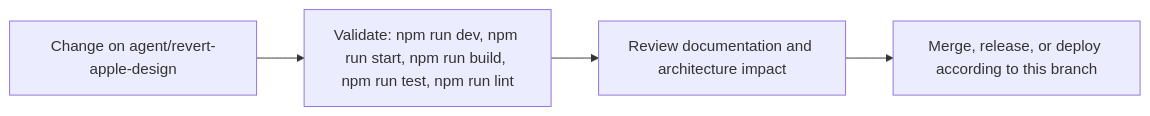
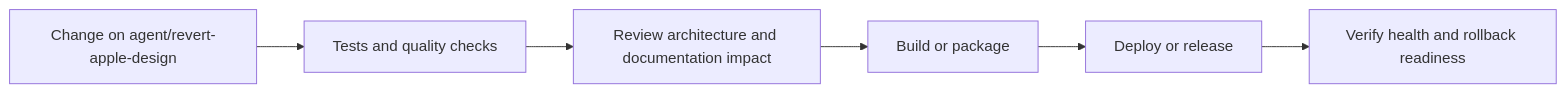
The fifth of 6 diagrams in README.md (Nischhalsubba/BindForge-NW), drawn with Mermaid before and after one commit. The commit also changed other lines of this file, not shown here.

````diff
--- a/README.md
+++ b/README.md
@@ -87,8 +183,8 @@
 ```mermaid
 flowchart LR
-    CHANGE["Change on agent/revert-apple-design"]
-    CHECK["Validate: npm run dev, npm run start, npm run build, npm run test, npm run lint"]
-    REVIEW["Review documentation and architecture impact"]
-    RELEASE["Merge, release, or deploy according to this branch"]
-    CHANGE --> CHECK --> REVIEW --> RELEASE
+    CHANGE["Change on agent/revert-apple-design"] --> CHECK["Tests and quality checks"]
+    CHECK --> REVIEW["Review architecture and documentation impact"]
+    REVIEW --> BUILD["Build or package"]
+    BUILD --> DEPLOY["Deploy or release"]
+    DEPLOY --> VERIFY["Verify health and rollback readiness"]
 ```
````
